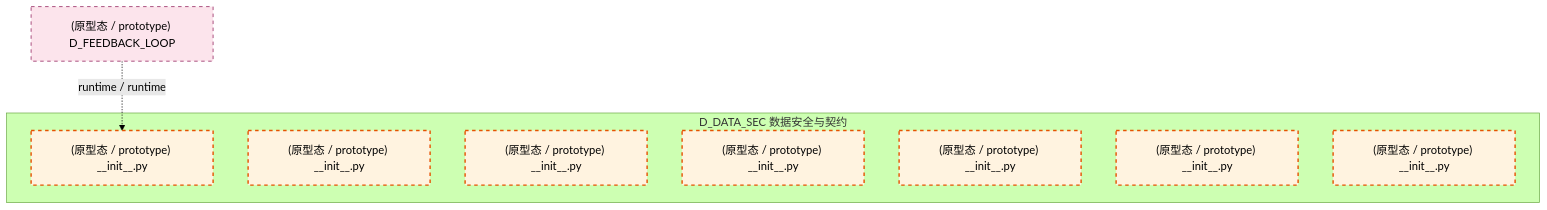
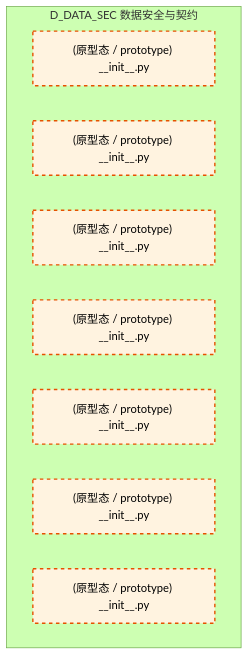
Before and after one commit to xuanFelixVan/ZephyrAlpha: the second of 2 diagrams in docs/02_enterprise_architecture/02_domain_architecture_docs/10_d_data_sec.md, drawn with Mermaid (forest theme). The commit also changed other lines of this file and 126 other files, not shown here.

````diff
--- a/docs/02_enterprise_architecture/02_domain_architecture_docs/10_d_data_sec.md
+++ b/docs/02_enterprise_architecture/02_domain_architecture_docs/10_d_data_sec.md
@@ -107,20 +104,17 @@
 ```mermaid
 graph TD
     subgraph D_DATA_SEC["D_DATA_SEC 数据安全与契约"]
         src_zephyr_data_security_init_py["(原型态 / prototype) __init__.py"]
         src_zephyr_data_security_extensions_init_py["(原型态 / prototype) __init__.py"]
         src_zephyr_data_security_api_init_py["(原型态 / prototype) __init__.py"]
         src_zephyr_data_security_core_init_py["(原型态 / prototype) __init__.py"]
         src_zephyr_data_security_infrastructure_init_py["(原型态 / prototype) __init__.py"]
         src_zephyr_data_security_models_init_py["(原型态 / prototype) __init__.py"]
         src_zephyr_data_security_services_init_py["(原型态 / prototype) __init__.py"]
     end
-    D_FEEDBACK_LOOP["(原型态 / prototype) D_FEEDBACK_LOOP"]
-    D_FEEDBACK_LOOP -.->|runtime / runtime| src_zephyr_data_security_init_py
     classDef production fill:#e1f5fe,stroke:#01579b,stroke-width:2px,color:#000
     classDef design fill:#fff3e0,stroke:#e65100,stroke-width:2px,color:#000,stroke-dasharray: 5 5
     classDef external_prod fill:#e8f5e9,stroke:#1b5e20,stroke-width:1px,color:#000
     classDef external_design fill:#fce4ec,stroke:#880e4f,stroke-width:1px,color:#000,stroke-dasharray: 5 5
     class src_zephyr_data_security_init_py,src_zephyr_data_security_extensions_init_py,src_zephyr_data_security_api_init_py,src_zephyr_data_security_core_init_py,src_zephyr_data_security_infrastructure_init_py,src_zephyr_data_security_models_init_py,src_zephyr_data_security_services_init_py design
-    class D_FEEDBACK_LOOP external_design
 ```
````
